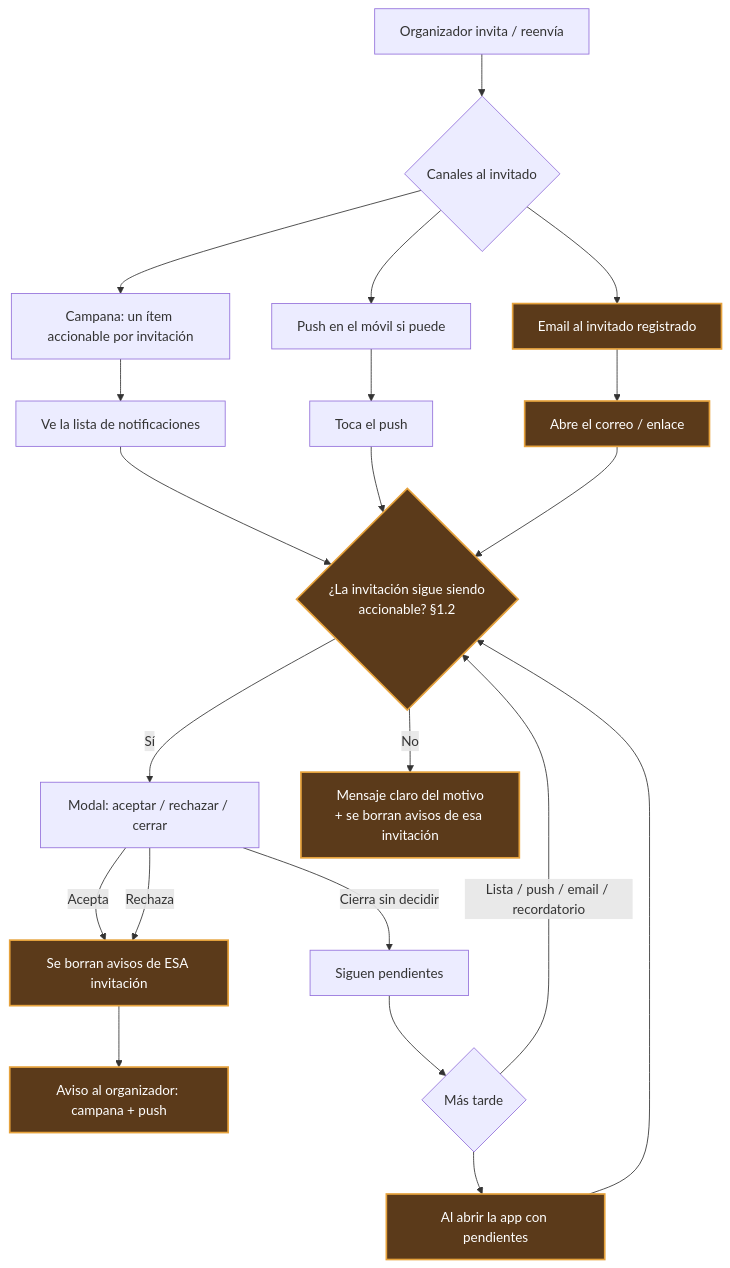
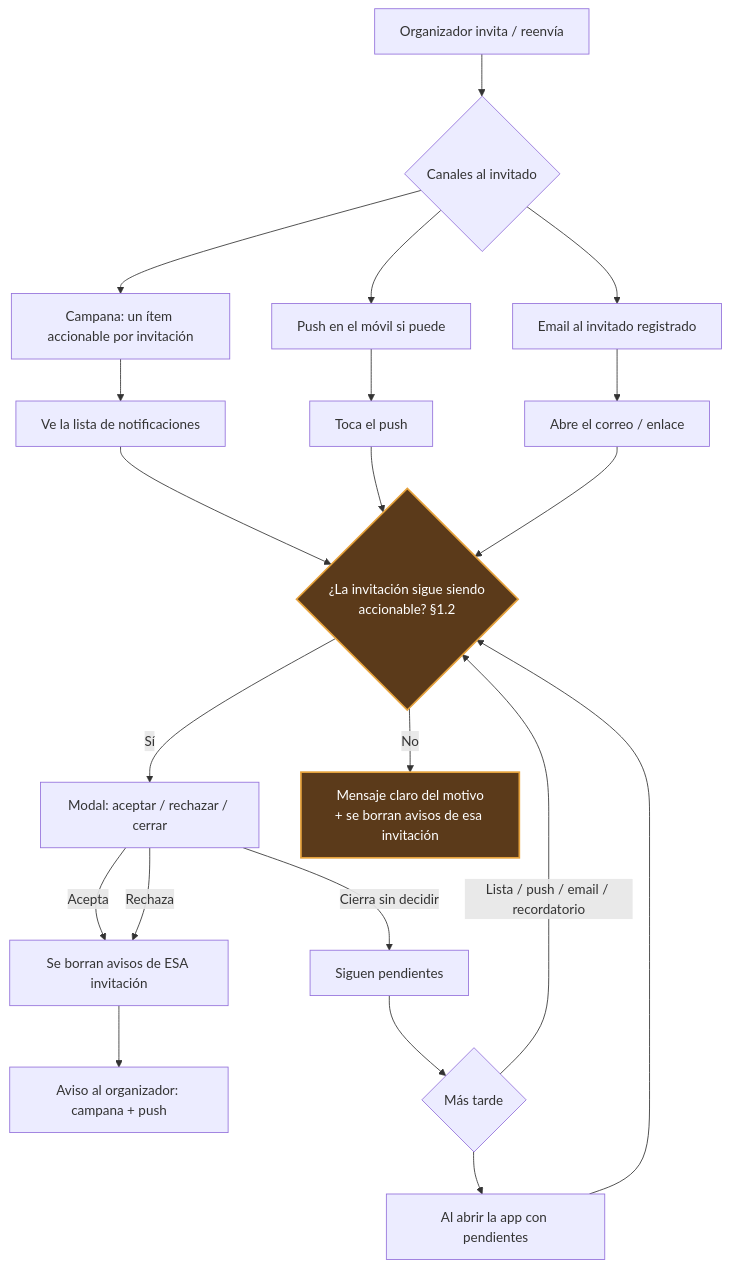
Before and after one commit to planazoo/planazoo-platform: the second of 6 diagrams in docs/flujos/DIAGRAMA_ALTAS_BAJAS_PLAN.md, drawn with Mermaid. The commit also changed other lines of this file and 67 other files, not shown here.

````diff
--- a/docs/flujos/DIAGRAMA_ALTAS_BAJAS_PLAN.md
+++ b/docs/flujos/DIAGRAMA_ALTAS_BAJAS_PLAN.md
@@ -103,34 +106,34 @@
 ```mermaid
 flowchart TD
   invita[Organizador invita / reenvía] --> canales{Canales al invitado}
 
   canales --> campana[Campana: un ítem accionable por invitación]
   canales --> push[Push en el móvil si puede]
   canales --> email[Email al invitado registrado]
 
   campana --> verLista[Ve la lista de notificaciones]
   push --> tocaPush[Toca el push]
   email --> tocaEmail[Abre el correo / enlace]
 
   verLista --> validar
   tocaPush --> validar
   tocaEmail --> validar
   autoEntry[Al abrir la app con pendientes] --> validar
 
   validar{¿La invitación sigue siendo<br/>accionable? §1.2}
   validar -->|Sí| modal[Modal: aceptar / rechazar / cerrar]
   validar -->|No| invalido[Mensaje claro del motivo<br/>+ se borran avisos de esa invitación]
 
   modal -->|Acepta| limpia[Se borran avisos de ESA invitación]
   modal -->|Rechaza| limpia
   modal -->|Cierra sin decidir| queda[Siguen pendientes]
 
   queda --> reabre{Más tarde}
   reabre -->|Lista / push / email / recordatorio| validar
   reabre --> autoEntry
 
   limpia --> avisaOrg[Aviso al organizador: campana + push]
 
   classDef todo fill:#5b3a1a,stroke:#e6a23c,stroke-width:2px,color:#fff
-  class email,tocaEmail,autoEntry,validar,invalido,limpia,avisaOrg todo
+  class validar,invalido todo
 ```
````
